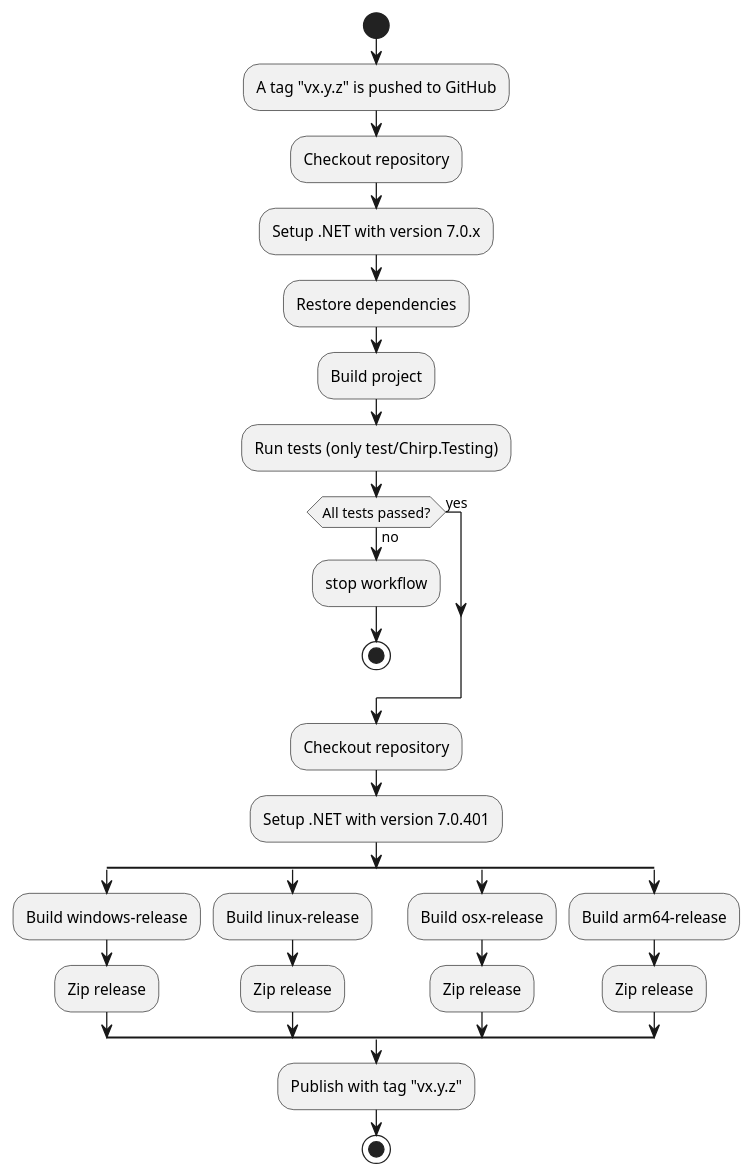
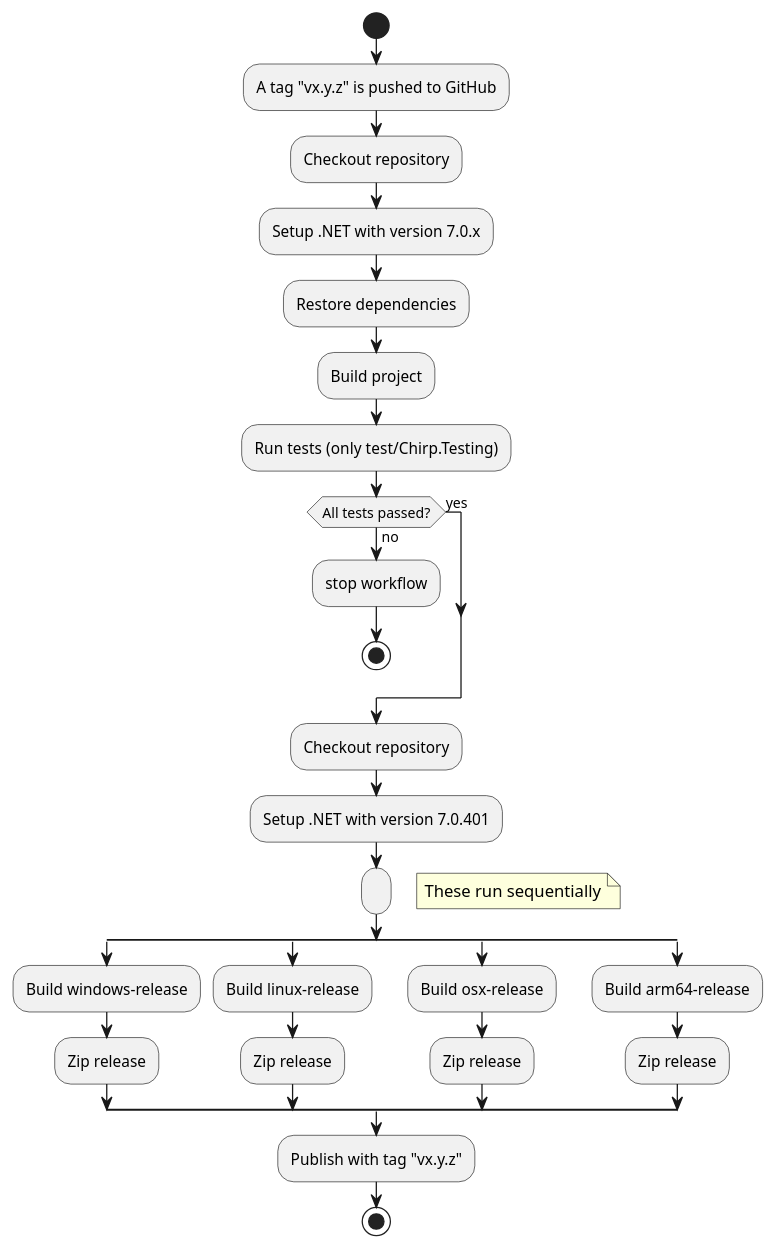
Before and after one commit to ITU-BDSA23-GROUP15/Chirp: the diagram in docs/autorelease.pu, drawn with PlantUML.

Commit message:
Add note to split

```diff
--- a/docs/autorelease.pu
+++ b/docs/autorelease.pu
@@ -1,34 +1,38 @@
 @startuml Autorelease
 start
 :A tag "vx.y.z" is pushed to GitHub;
 :Checkout repository;
 :Setup .NET with version 7.0.x;
 :Restore dependencies;
 :Build project;
 :Run tests (only test/Chirp.Testing);
 
 if (All tests passed?) then (yes)
 else (no)
 	:stop workflow;
 	stop
 endif
 
 :Checkout repository;
 :Setup .NET with version 7.0.401;
+:;
+floating note right: These run sequentially
 split
 	:Build windows-release;
 	:Zip release;
 split again
 	:Build linux-release;
 	:Zip release;
 	split again
 	:Build osx-release;
 	:Zip release;
 	split again
 	:Build arm64-release;
 	:Zip release;
 end split
+
+
 :Publish with tag "vx.y.z";
 
 stop
 @enduml
```
